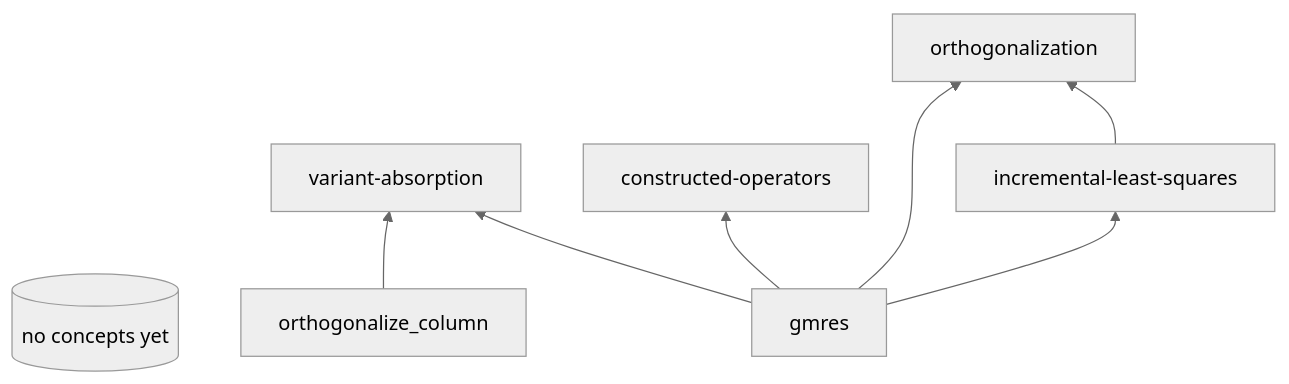
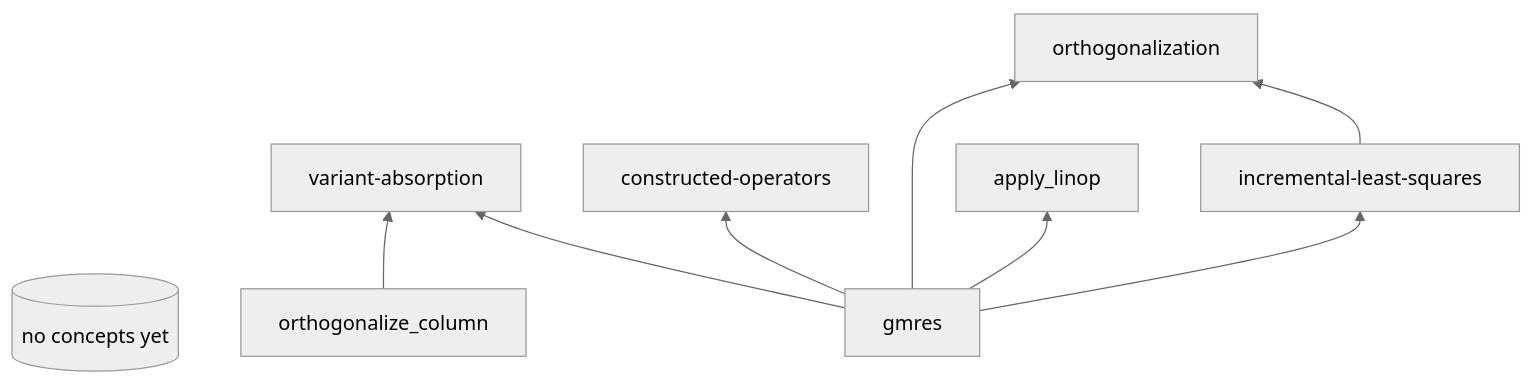
One commit to crutcher/palace_whiteroom changed the second of 3 diagrams in book/src/concepts/dependency-map.md. Above: the diagram before and after it, drawn with Mermaid (neutral theme). The commit also changed 5 other files, not shown here.

````diff
--- a/book/src/concepts/dependency-map.md
+++ b/book/src/concepts/dependency-map.md
@@ -32,11 +32,12 @@
 ```mermaid
 graph BT
   %% Empty — populate as concepts are extracted.
   placeholder[(no concepts yet)]
   orthogonalize_column --> variant-absorption
   gmres --> constructed-operators
   gmres --> variant-absorption
   gmres --> orthogonalization
   gmres --> incremental-least-squares
   incremental-least-squares --> orthogonalization
+  gmres --> apply_linop
 ```
````
